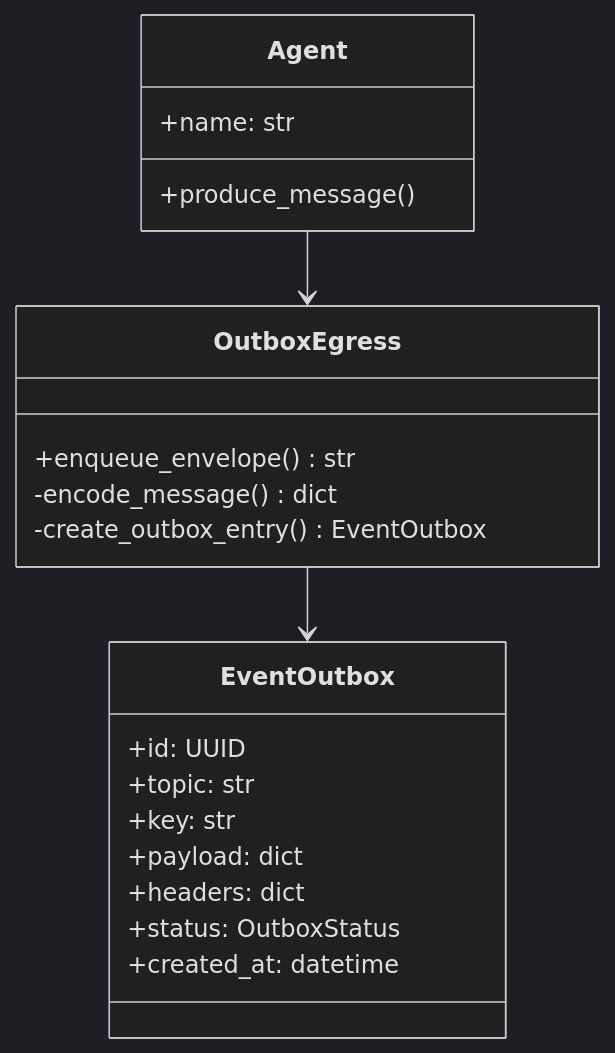
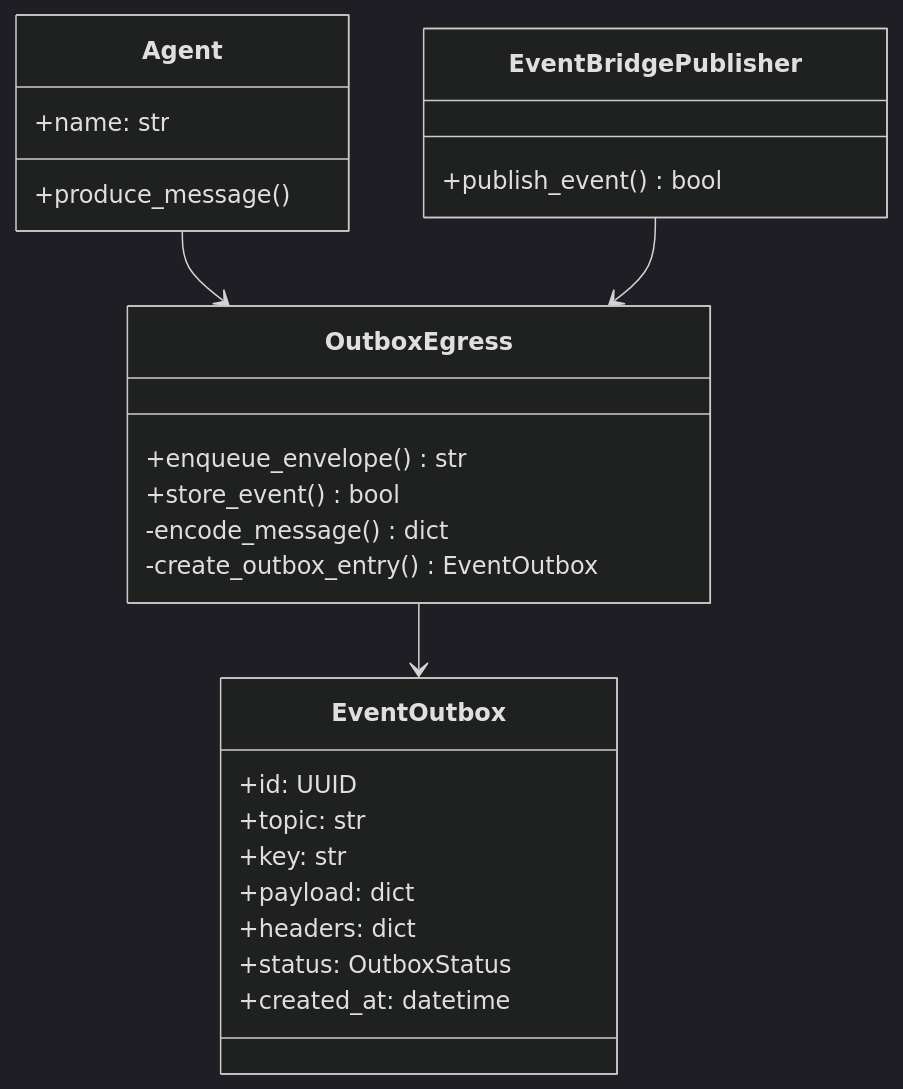
One commit to zhiyue/infinite-scribe changed the second of 10 diagrams in apps/backend/src/services/outbox/README.md. Above: the diagram before and after it, drawn with Mermaid (dark theme). The commit also changed other lines of this file, not shown here.

````diff
--- a/apps/backend/src/services/outbox/README.md
+++ b/apps/backend/src/services/outbox/README.md
@@ -79,26 +92,32 @@
 ```mermaid
 classDiagram
     class OutboxEgress {
         +enqueue_envelope() str
+        +store_event() bool
         -encode_message() dict
         -create_outbox_entry() EventOutbox
     }
     
     class EventOutbox {
         +id: UUID
         +topic: str
         +key: str
         +payload: dict
         +headers: dict
         +status: OutboxStatus
         +created_at: datetime
     }
     
     class Agent {
         +name: str
         +produce_message()
     }
     
+    class EventBridgePublisher {
+        +publish_event() bool
+    }
+    
     Agent --> OutboxEgress
+    EventBridgePublisher --> OutboxEgress
     OutboxEgress --> EventOutbox
 ```
````
